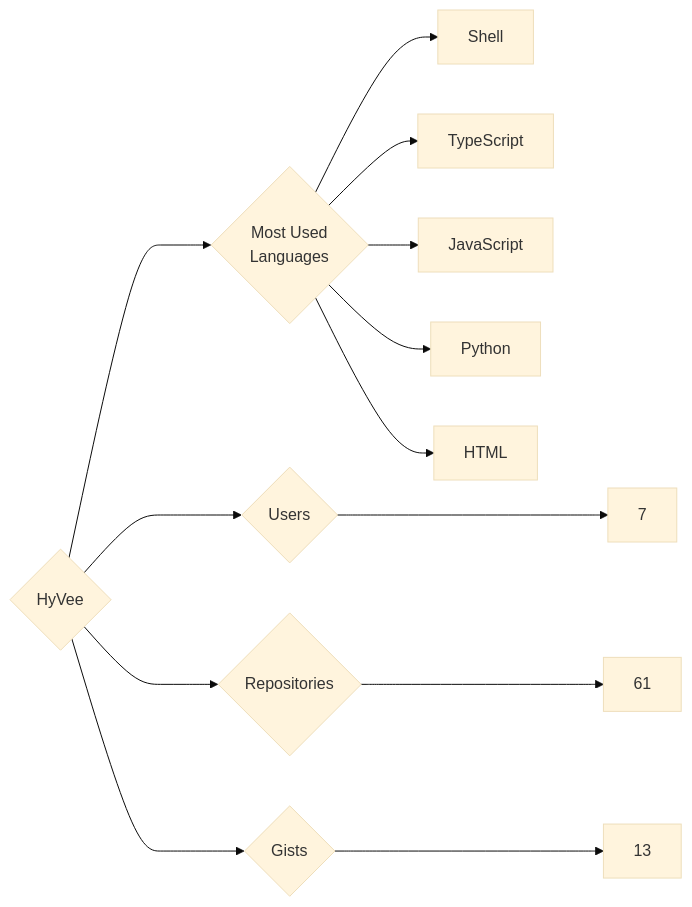
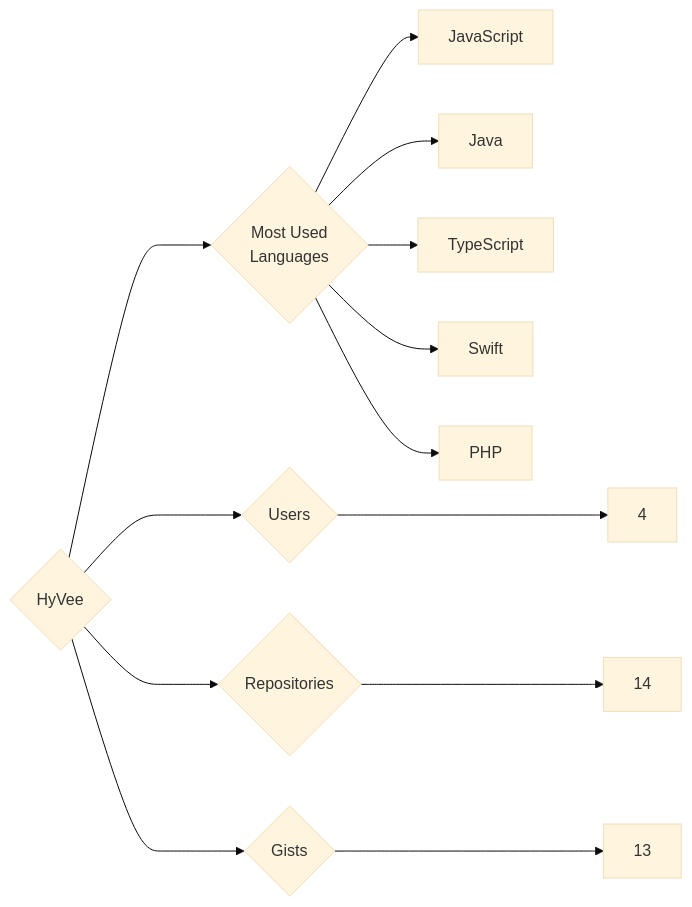
The diagram in targets/HyVee/README.md (trickest/insiders), drawn with Mermaid (base theme) before and after one commit. The commit also changed 826 other files, not shown here.

````diff
--- a/targets/HyVee/README.md
+++ b/targets/HyVee/README.md
@@ -3,13 +3,13 @@
 ```mermaid
 graph LR
 COMPANY_NAME{HyVee}
-COMPANY_NAME ---> U{Users} ---> UN[7]
-COMPANY_NAME ---> R{Repositories} ---> RN[61]
+COMPANY_NAME ---> U{Users} ---> UN[4]
+COMPANY_NAME ---> R{Repositories} ---> RN[14]
 COMPANY_NAME ---> G{Gists} ---> GN[13]
 COMPANY_NAME ---> ML{Most Used<br>Languages}
-ML --> Shell[Shell]
+ML --> JavaScript[JavaScript]
+ML --> Java[Java]
 ML --> TypeScript[TypeScript]
-ML --> JavaScript[JavaScript]
-ML --> Python[Python]
-ML --> HTML[HTML]
+ML --> Swift[Swift]
+ML --> PHP[PHP]
 ```
````
